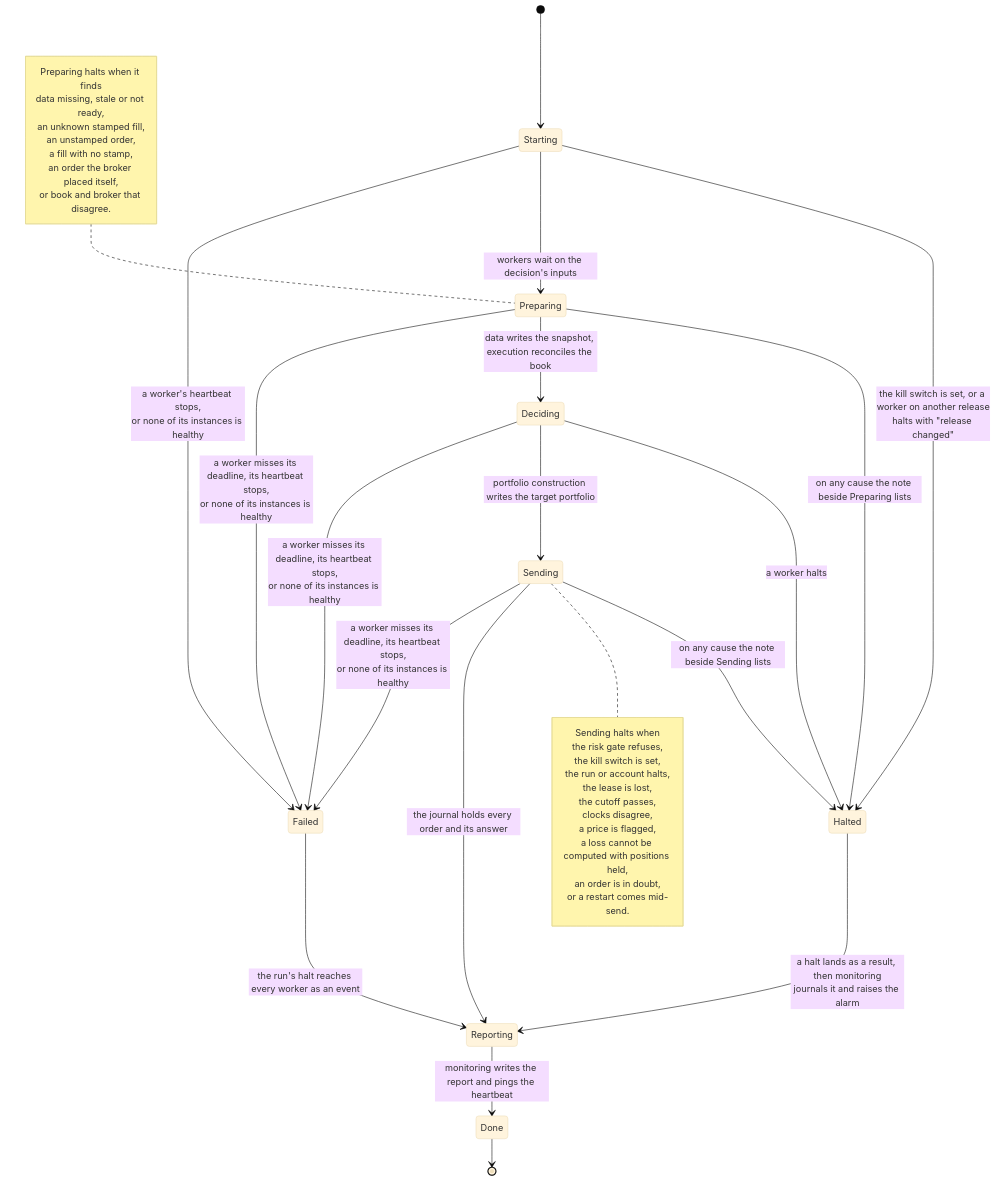
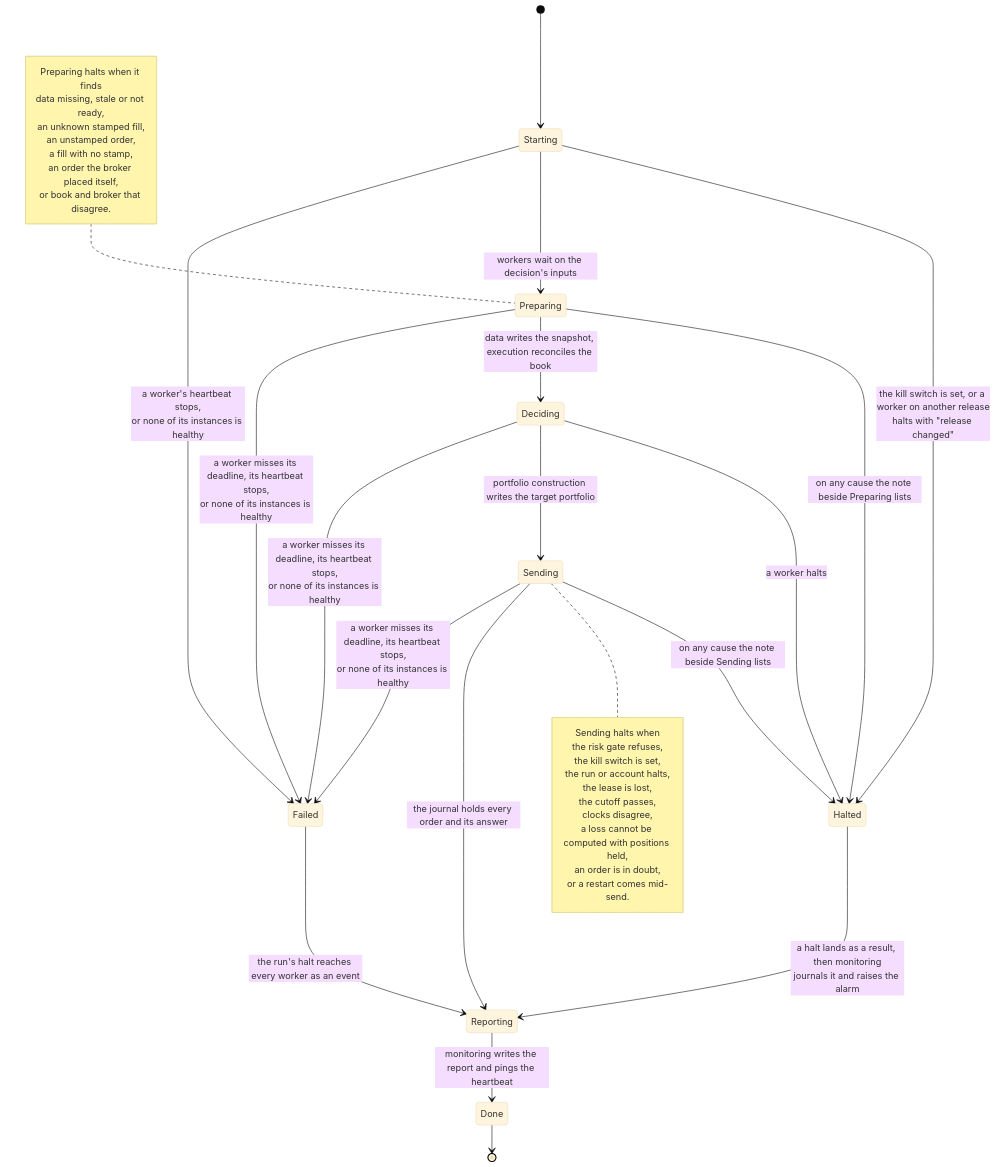
Diagram 18 of 18 in docs/architecture/06-runtime.md (l3a0/ithildin-runtime), drawn with Mermaid (base theme) before and after one commit. The commit also changed other lines of this file and 11 other files, not shown here.

````diff
--- a/docs/architecture/06-runtime.md
+++ b/docs/architecture/06-runtime.md
@@ -1163,42 +1163,41 @@
 ```mermaid
 stateDiagram-v2
     [*] --> Starting
     Starting --> Halted: the kill switch is set, or a worker on another release<br/>halts with "release changed"
     Starting --> Preparing: workers wait on the decision's inputs
     Preparing --> Halted: on any cause the note beside Preparing lists
     note left of Preparing
         Preparing halts when it finds
         data missing, stale or not ready,
         an unknown stamped fill,
         an unstamped order,
         a fill with no stamp,
         an order the broker placed itself,
         or book and broker that disagree.
     end note
     Preparing --> Deciding: data writes the snapshot, execution reconciles the book
     Deciding --> Halted: a worker halts
     Deciding --> Sending: portfolio construction writes the target portfolio
     Sending --> Halted: on any cause the note beside Sending lists
     note right of Sending
         Sending halts when
         the risk gate refuses,
         the kill switch is set,
         the run or account halts,
         the lease is lost,
         the cutoff passes,
         clocks disagree,
-        a price is flagged,
         a loss cannot be computed with positions held,
         an order is in doubt,
         or a restart comes mid-send.
     end note
     Sending --> Reporting: the journal holds every order and its answer
     Halted --> Reporting: a halt lands as a result, then monitoring<br/>journals it and raises the alarm
     Reporting --> Done: monitoring writes the report and pings the heartbeat
     Done --> [*]
     Starting --> Failed: a worker's heartbeat stops,<br/>or none of its instances is healthy
     Preparing --> Failed: a worker misses its deadline, its heartbeat stops,<br/>or none of its instances is healthy
     Deciding --> Failed: a worker misses its deadline, its heartbeat stops,<br/>or none of its instances is healthy
     Sending --> Failed: a worker misses its deadline, its heartbeat stops,<br/>or none of its instances is healthy
     Failed --> Reporting: the run's halt reaches every worker as an event
 ```
````
